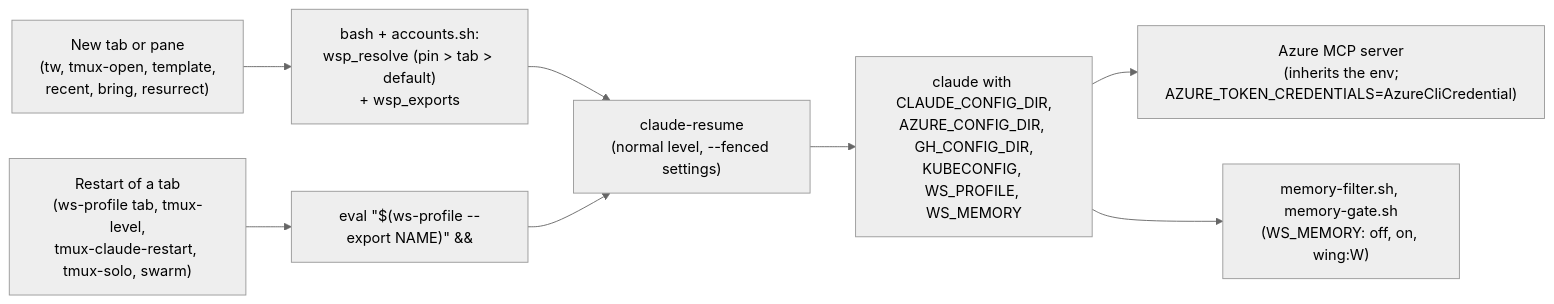
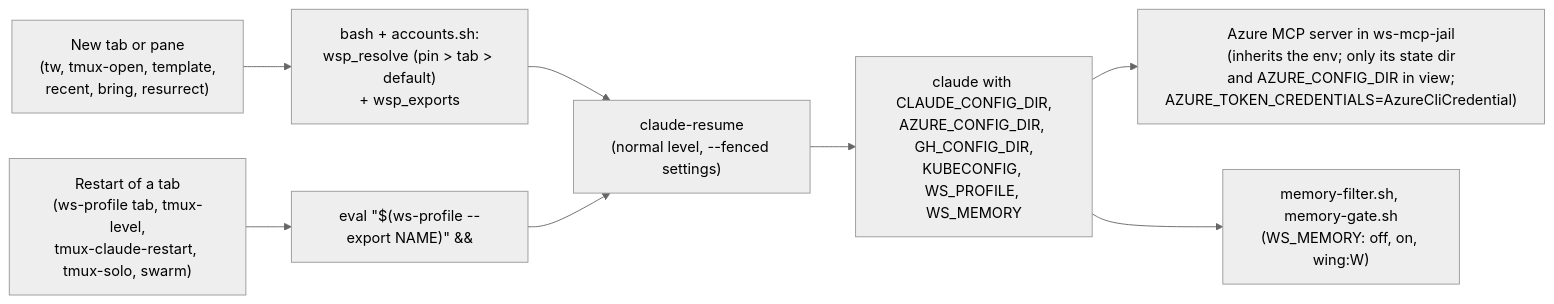
Before and after one commit to andreshma/claude-workstation: the third of 10 diagrams in docs/architecture.md, drawn with Mermaid (neutral theme). The commit also changed other lines of this file and 14 other files, not shown here.

````diff
--- a/docs/architecture.md
+++ b/docs/architecture.md
@@ -316,10 +317,10 @@
 ```mermaid
 flowchart LR
     new["New tab or pane<br/>(tw, tmux-open, template,<br/>recent, bring, resurrect)"] --> shell["bash + accounts.sh:<br/>wsp_resolve (pin > tab > default)<br/>+ wsp_exports"]
     restart["Restart of a tab<br/>(ws-profile tab, tmux-level,<br/>tmux-claude-restart, tmux-solo, swarm)"] --> prefix["eval &quot;$(ws-profile --export NAME)&quot; &&"]
     shell --> cr["claude-resume<br/>(normal level, --fenced settings)"]
     prefix --> cr
     cr --> claude["claude with CLAUDE_CONFIG_DIR,<br/>AZURE_CONFIG_DIR, GH_CONFIG_DIR,<br/>KUBECONFIG, WS_PROFILE, WS_MEMORY"]
-    claude --> mcp["Azure MCP server<br/>(inherits the env;<br/>AZURE_TOKEN_CREDENTIALS=AzureCliCredential)"]
+    claude --> mcp["Azure MCP server in ws-mcp-jail<br/>(inherits the env; only its state dir<br/>and AZURE_CONFIG_DIR in view;<br/>AZURE_TOKEN_CREDENTIALS=AzureCliCredential)"]
     claude --> hooks["memory-filter.sh, memory-gate.sh<br/>(WS_MEMORY: off, on, wing:W)"]
 ```
````
